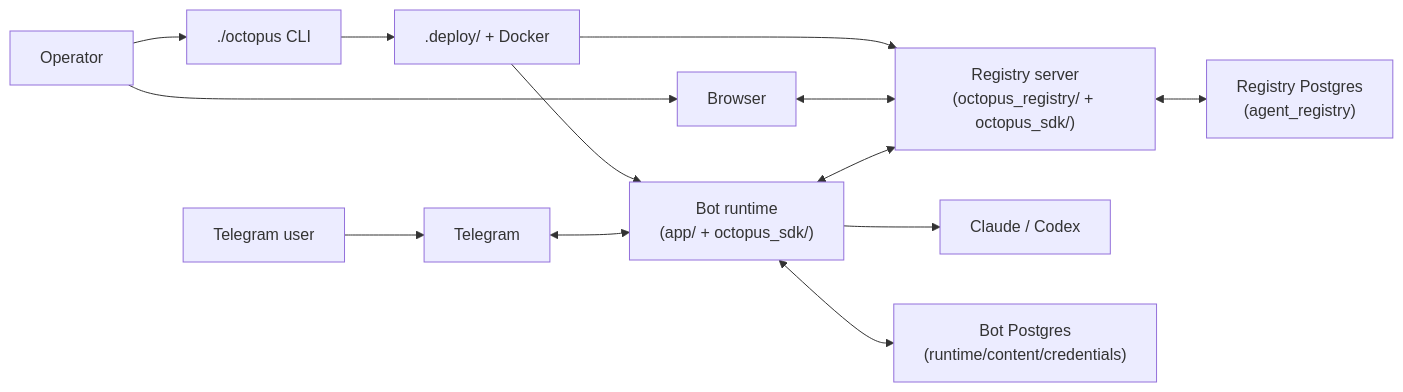
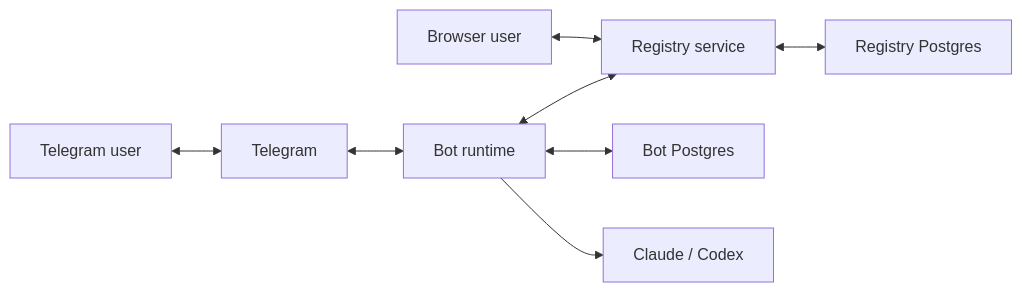
One commit to privacynow/octopus changed the diagram in docs/ARCHITECTURE.md. Above: the diagram before and after it, drawn with Mermaid. The commit also changed other lines of this file and 9 other files, not shown here.

````diff
--- a/docs/ARCHITECTURE.md
+++ b/docs/ARCHITECTURE.md
@@ -21,17 +37,10 @@
 ```mermaid
 flowchart LR
-    Operator["Operator"] --> CLI["./octopus CLI"]
-    Operator --> Browser["Browser"]
-    User["Telegram user"] --> TG["Telegram"]
-
-    CLI --> Deploy[".deploy/ + Docker"]
-    Deploy --> Bot["Bot runtime<br/>(app/ + octopus_sdk/)"]
-    Deploy --> Registry["Registry server<br/>(octopus_registry/ + octopus_sdk/)"]
-
-    TG <--> Bot
-    Browser <--> Registry
+    User["Telegram user"] <--> Telegram["Telegram"]
+    Operator["Browser user"] <--> Registry["Registry service"]
+    Telegram <--> Bot["Bot runtime"]
     Bot <--> Registry
+    Registry <--> RegistryDb["Registry Postgres"]
+    Bot <--> BotDb["Bot Postgres"]
     Bot --> Provider["Claude / Codex"]
-    Bot <--> BotDb["Bot Postgres<br/>(runtime/content/credentials)"]
-    Registry <--> RegistryDb["Registry Postgres<br/>(agent_registry)"]
 ```
````
